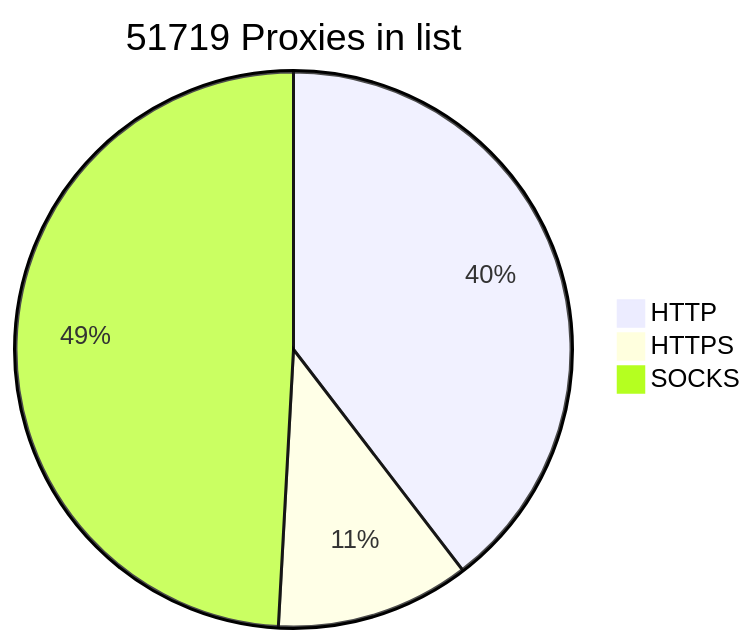
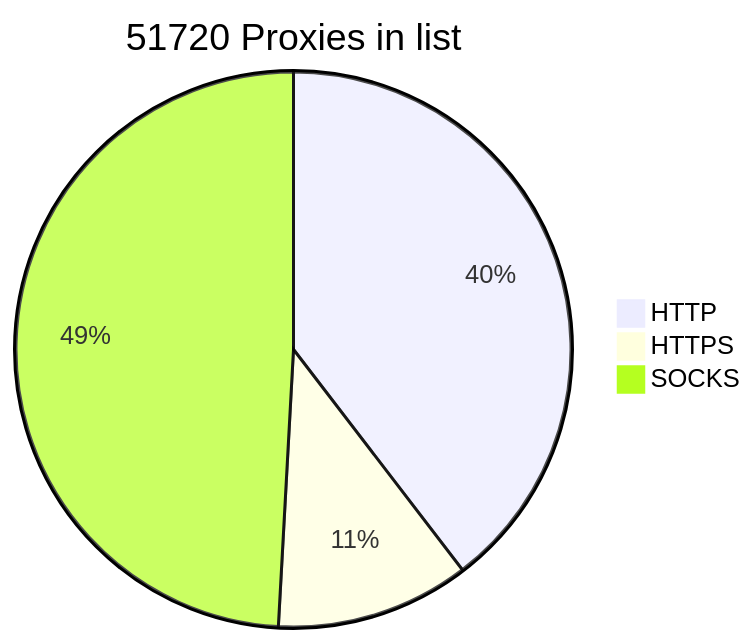
Before and after one commit to BlackSnowDot/proxylist-update-every-minute: the diagram in README.md, drawn with Mermaid.

````diff
--- a/README.md
+++ b/README.md
@@ -2,6 +2,6 @@
 ```mermaid
-pie title 51719 Proxies in list
+pie title 51720 Proxies in list
     "HTTP" : 22749
     "HTTPS": 6482
-    "SOCKS" : 28231
+    "SOCKS" : 28232
 ```
````
